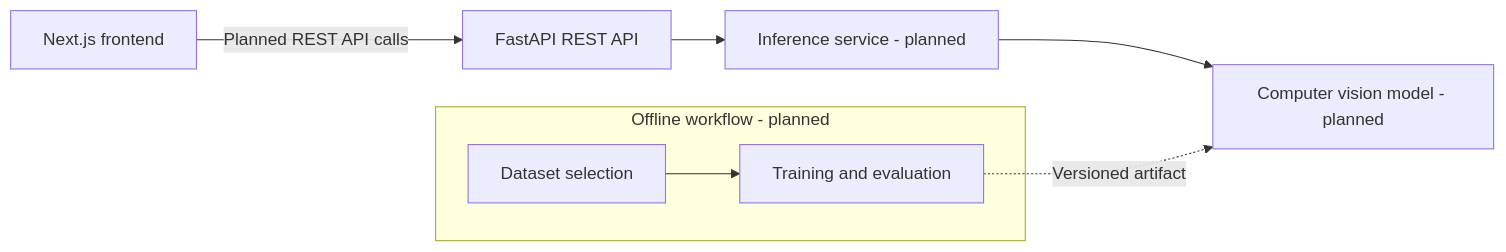
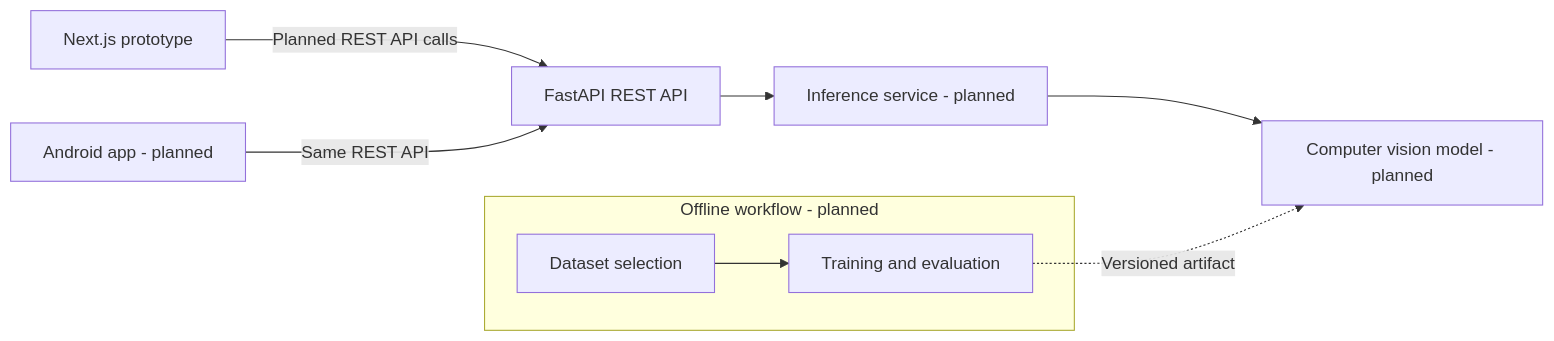
The diagram in README.md (GOU7METTE/HORTI), drawn with Mermaid before and after one commit. The commit also changed other lines of this file and 18 other files, not shown here.

````diff
--- a/README.md
+++ b/README.md
@@ -81,10 +94,11 @@
 ```mermaid
 flowchart LR
-    Web[Next.js frontend] -->|Planned REST API calls| API[FastAPI REST API]
+    Web[Next.js prototype] -->|Planned REST API calls| API[FastAPI REST API]
+    Mobile[Android app - planned] -->|Same REST API| API
     API --> Service[Inference service - planned]
     Service --> Model[Computer vision model - planned]
     subgraph Offline[Offline workflow - planned]
         Data[Dataset selection] --> Training[Training and evaluation]
     end
     Training -. Versioned artifact .-> Model
 ```
````
